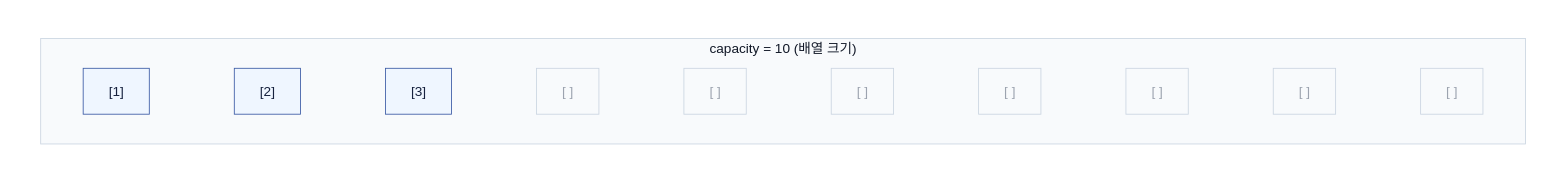
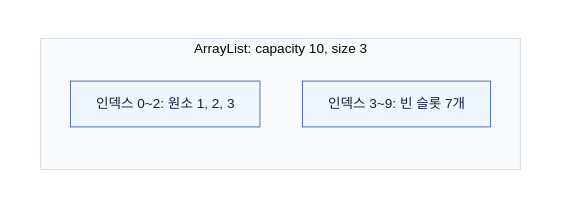
One commit to Hyune-s-lab/my-ai-study changed the first of 2 diagrams in computer-science/2607-java-collections.md. Above: the diagram before and after it, drawn with Mermaid. The commit also changed other lines of this file and 28 other files, not shown here.

Commit message:
docs: Mermaid 호환성과 문서 가독성 개선

````diff
--- a/computer-science/2607-java-collections.md
+++ b/computer-science/2607-java-collections.md
@@ -43,38 +43,18 @@
 ```mermaid
----
-config:
-  theme: base
-  darkMode: false
-  look: classic
-  themeVariables:
-    background: "#ffffff"
-    primaryColor: "#ffffff"
-    primaryTextColor: "#111827"
-    primaryBorderColor: "#475569"
-    lineColor: "#334155"
-    edgeLabelBackground: "#ffffff"
----
 flowchart LR
+%%{init: {"theme": "base", "darkMode": false, "themeVariables": {"background": "#ffffff", "primaryColor": "#EFF6FF", "primaryTextColor": "#16213E", "primaryBorderColor": "#3B5BA5", "secondaryColor": "#F0FDF4", "tertiaryColor": "#FAF5FF", "lineColor": "#3B5BA5", "textColor": "#16213E", "edgeLabelBackground": "#ffffff", "clusterBkg": "#F8FAFC", "clusterBorder": "#CBD5E1"}}}%%
   subgraph canvas[" "]
     direction LR
-    subgraph cap["capacity = 10 (배열 크기)"]
-      direction LR
-      S0["[1]"]:::app
-      S1["[2]"]:::app
-      S2["[3]"]:::app
-      E0["[ ]"]:::ctrl
-      E1["[ ]"]:::ctrl
-      E2["[ ]"]:::ctrl
-      E3["[ ]"]:::ctrl
-      E4["[ ]"]:::ctrl
-      E5["[ ]"]:::ctrl
-      E6["[ ]"]:::ctrl
-      S0 ~~~ S1 ~~~ S2 ~~~ E0 ~~~ E1 ~~~ E2 ~~~ E3 ~~~ E4 ~~~ E5 ~~~ E6
+    subgraph array["ArrayList: capacity 10, size 3"]
+      used["인덱스 0~2: 원소 1, 2, 3"]
+      spare["인덱스 3~9: 빈 슬롯 7개"]
     end
   end
-
+  style canvas fill:#ffffff,stroke:#ffffff,color:#111827
+  linkStyle default stroke:#3B5BA5,stroke-width:1.5px
   classDef app fill:#EFF6FF,stroke:#3B5BA5,stroke-width:1px,color:#16213E
-  classDef ctrl fill:#F8FAFC,stroke:#CBD5E1,stroke-width:1px,color:#9CA3AF
-  style canvas fill:#ffffff,stroke:#ffffff,stroke-width:0px,color:#111827
-  style cap fill:#F8FAFC,stroke:#CBD5E1,stroke-width:1px,color:#111827
+  class used,spare app
+  classDef db fill:#F0FDF4,stroke:#3F8E55,stroke-width:1px,color:#16213E
+  classDef policy fill:#FAF5FF,stroke:#A855F7,stroke-width:1px,color:#16213E
+  classDef worker fill:#FFF7ED,stroke:#C98A2B,stroke-width:1px,color:#16213E
 ```
````
